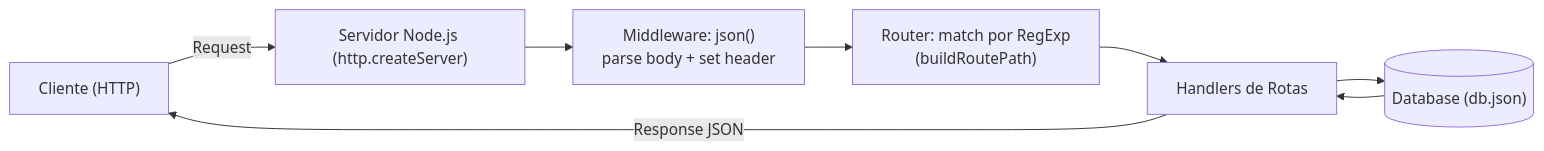
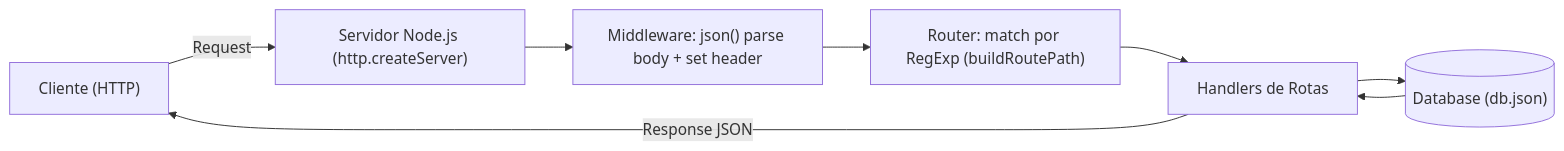
The diagram in README.md (matheushnt/money-map-api), drawn with Mermaid before and after one commit.

Commit message:
docs: corrige diagrama mermaid

````diff
--- a/README.md
+++ b/README.md
@@ -24,10 +24,10 @@
 ```mermaid
 flowchart LR
   Client["Cliente (HTTP)"] -->|Request| Server["Servidor Node.js (http.createServer)"]
-  Server --> JSONMW["Middleware: json()\nparse body + set header"]
-  JSONMW --> Routes["Router: match por RegExp\n(buildRoutePath)"]
+  Server --> JSONMW["Middleware: json() parse body + set header"]
+  JSONMW --> Routes["Router: match por RegExp (buildRoutePath)"]
   Routes --> Handlers["Handlers de Rotas"]
   Handlers --> DB[("Database (db.json)")]
   DB --> Handlers
   Handlers -->|Response JSON| Client
 ```
````
